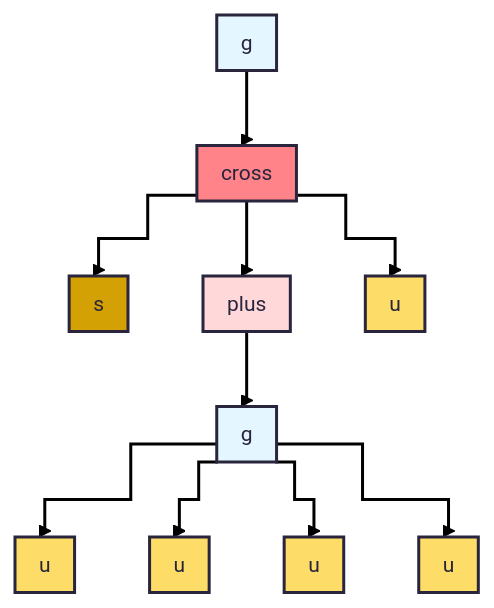
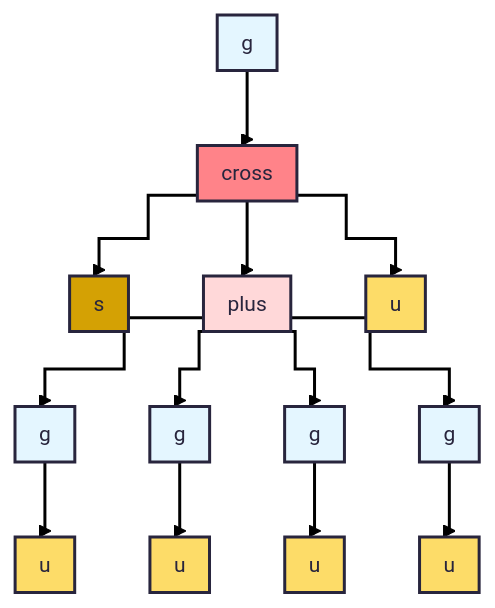
The diagram in README.md (starpit/spnl), drawn with Mermaid before and after one commit.

Commit message:
doc: update readme diagram to improve inner g

````diff
--- a/README.md
+++ b/README.md
@@ -29,30 +29,33 @@
 ```mermaid
 ---
 config:
       theme: redux
       flowchart:
             padding: 0
             curve: step
 ---
 flowchart TD
         g1@{label: g} --> x1@{label: cross}
         x1 --> s1@{label: s}
         x1 --> p1@{label: plus}
         x1 --> u1@{label: u}
         p1 --> g2@{label: g}
+        p1 --> g3@{label: g}
+        p1 --> g4@{label: g}
+        p1 --> g5@{label: g}
         g2 --> u2@{label: u}
-        g2 --> u3@{label: u}
-        g2 --> u4@{label: u}
-        g2 --> u5@{label: u}
+        g3 --> u3@{label: u}
+        g4 --> u4@{label: u}
+        g5 --> u5@{label: u}
 
         classDef g fill:#e4f6ff
         classDef x fill:#ff8389
         classDef p fill:#ffd8d9
         classDef s fill:#d4a104
         classDef u fill:#fddc68
-        class g1,g2 g
+        class g1,g2,g3,g4,g5 g
         class x1 x
         class p1 p
         class s1 s
         class u1,u2,u3,u4,u5 u
 ```
````
